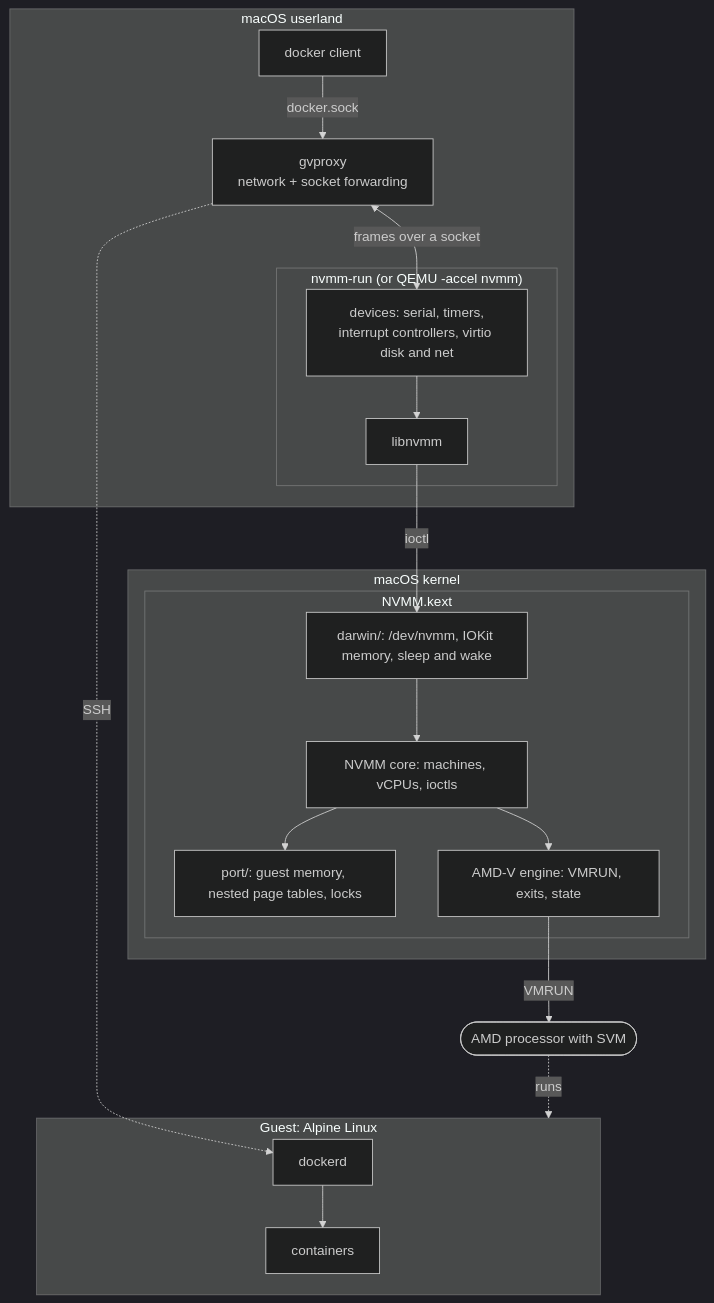
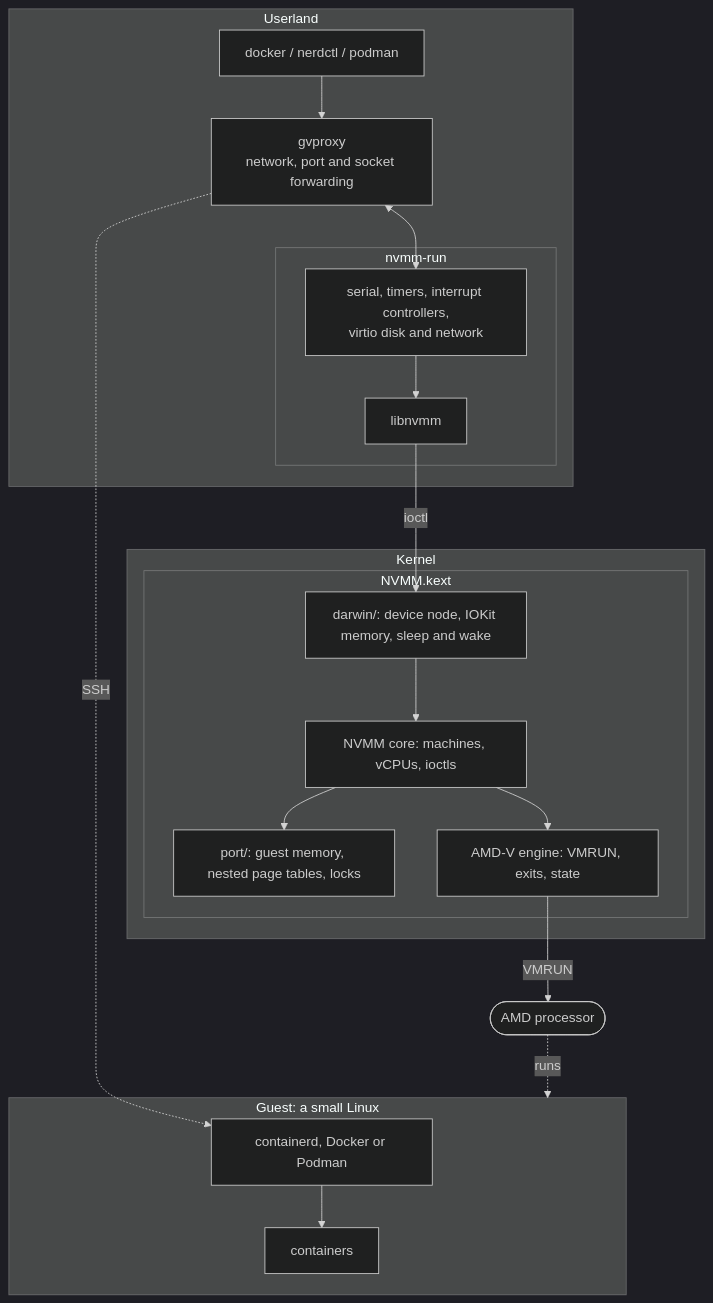
The third of 6 diagrams in README.md (milouk/graft), drawn with Mermaid (dark theme) before and after one commit. The commit also changed other lines of this file, not shown here.

Commit message:
README: the problem, use cases and diagrams first; shorter

````diff
--- a/README.md
+++ b/README.md
@@ -58,38 +61,38 @@
 ```mermaid
 flowchart TB
-    subgraph mac["macOS userland"]
-        docker["docker client"]
-        gv["gvproxy<br/>network + socket forwarding"]
-        subgraph vmm["nvmm-run (or QEMU -accel nvmm)"]
-            dev["devices: serial, timers,<br/>interrupt controllers, virtio disk and net"]
+    subgraph user["Userland"]
+        cli["docker / nerdctl / podman"]
+        gv["gvproxy<br/>network, port and socket forwarding"]
+        subgraph vmm["nvmm-run"]
+            dev["serial, timers, interrupt controllers,<br/>virtio disk and network"]
             lib["libnvmm"]
         end
     end
 
-    subgraph kernel["macOS kernel"]
+    subgraph kernel["Kernel"]
         subgraph kext["NVMM.kext"]
-            glue["darwin/: /dev/nvmm, IOKit memory, sleep and wake"]
+            glue["darwin/: device node, IOKit memory, sleep and wake"]
             port["port/: guest memory, nested page tables, locks"]
             core["NVMM core: machines, vCPUs, ioctls"]
             svm["AMD-V engine: VMRUN, exits, state"]
         end
     end
 
-    subgraph guest["Guest: Alpine Linux"]
-        dockerd["dockerd"]
+    subgraph guest["Guest: a small Linux"]
+        rt["containerd, Docker or Podman"]
         ctr["containers"]
     end
 
-    cpu(["AMD processor with SVM"])
+    cpu(["AMD processor"])
 
-    docker -- "docker.sock" --> gv
-    gv <-- "frames over a socket" --> dev
+    cli --> gv
+    gv <--> dev
     dev --> lib
     lib -- "ioctl" --> glue
     glue --> core --> svm
     core --> port
     svm -- "VMRUN" --> cpu
     cpu -. "runs" .-> guest
-    gv -. "SSH" .-> dockerd
-    dockerd --> ctr
+    gv -. "SSH" .-> rt
+    rt --> ctr
 ```
````
